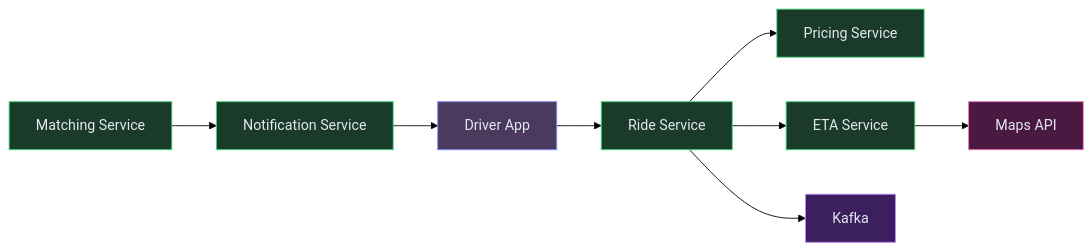
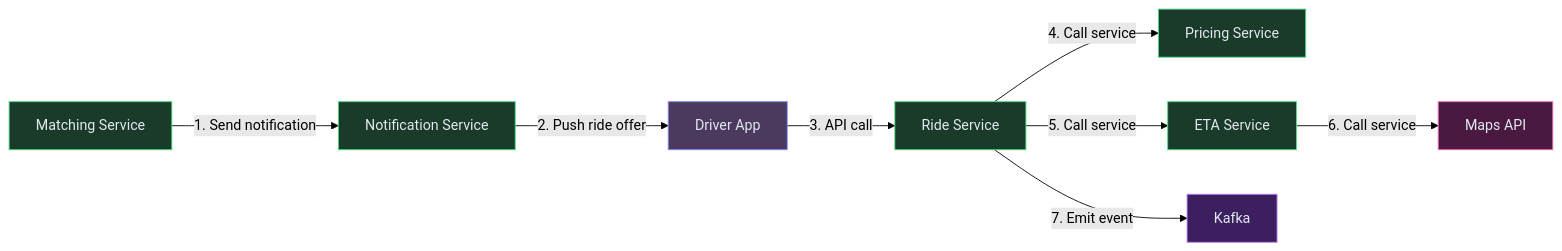
One commit to iluzn/HLD-Designs changed the fourth of 11 diagrams in content/hld/Uber.md. Above: the diagram before and after it, drawn with Mermaid (forest theme). The commit also changed other lines of this file and 27 other files, not shown here.

````diff
--- a/content/hld/Uber.md
+++ b/content/hld/Uber.md
@@ -291,24 +291,24 @@
 ```mermaid
 flowchart LR
     MS["Matching Service"]:::service
     NS["Notification Service"]:::service
     Driver["Driver App"]:::client
     RS["Ride Service"]:::service
     PS["Pricing Service"]:::service
     ETA["ETA Service"]:::service
     Maps["Maps API"]:::external
     KF["Kafka"]:::async
 
-    MS --> NS
-    NS --> Driver
-    Driver --> RS
-    RS --> PS
-    RS --> ETA
-    ETA --> Maps
-    RS --> KF
+    MS -->|"1. Send notification"| NS
+    NS -->|"2. Push ride offer"| Driver
+    Driver -->|"3. API call"| RS
+    RS -->|"4. Call service"| PS
+    RS -->|"5. Call service"| ETA
+    ETA -->|"6. Call service"| Maps
+    RS -->|"7. Emit event"| KF
 
     classDef client fill:#4c3a5e,stroke:#818cf8,color:#e2e8f0
     classDef service fill:#1a3a2a,stroke:#4ade80,color:#e2e8f0
     classDef external fill:#4a1942,stroke:#f472b6,color:#e2e8f0
     classDef async fill:#3b1f5e,stroke:#c084fc,color:#e2e8f0
 ```
````
